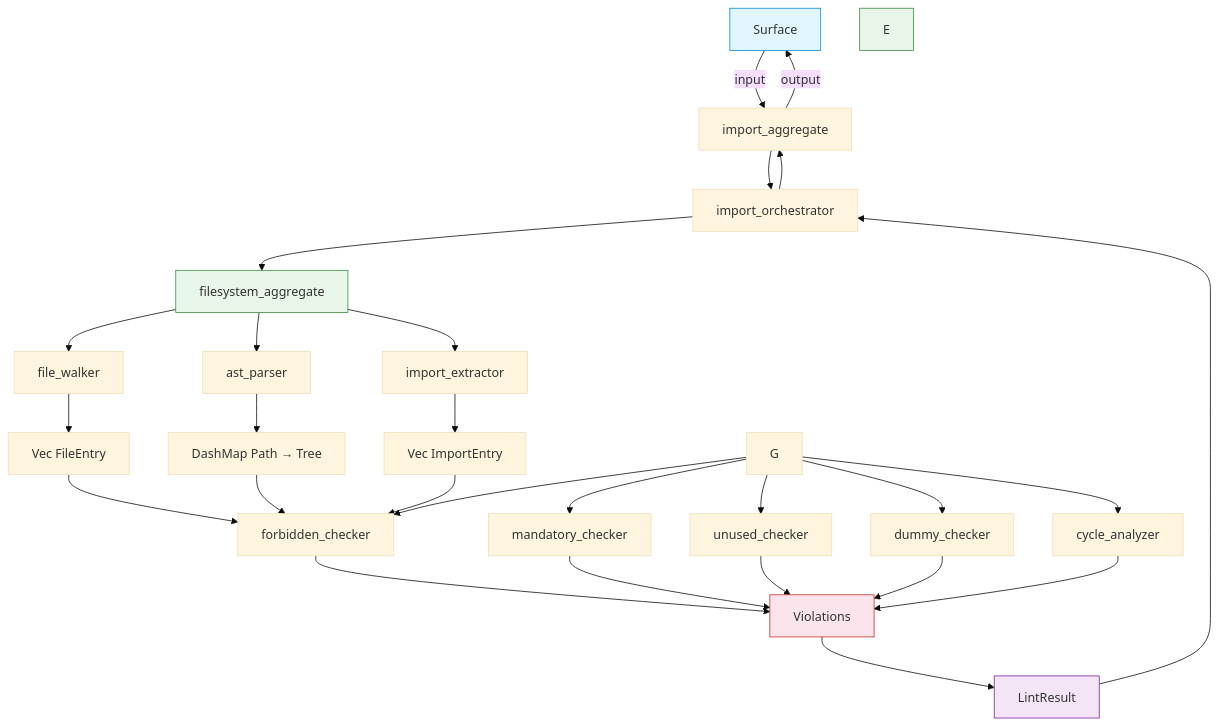
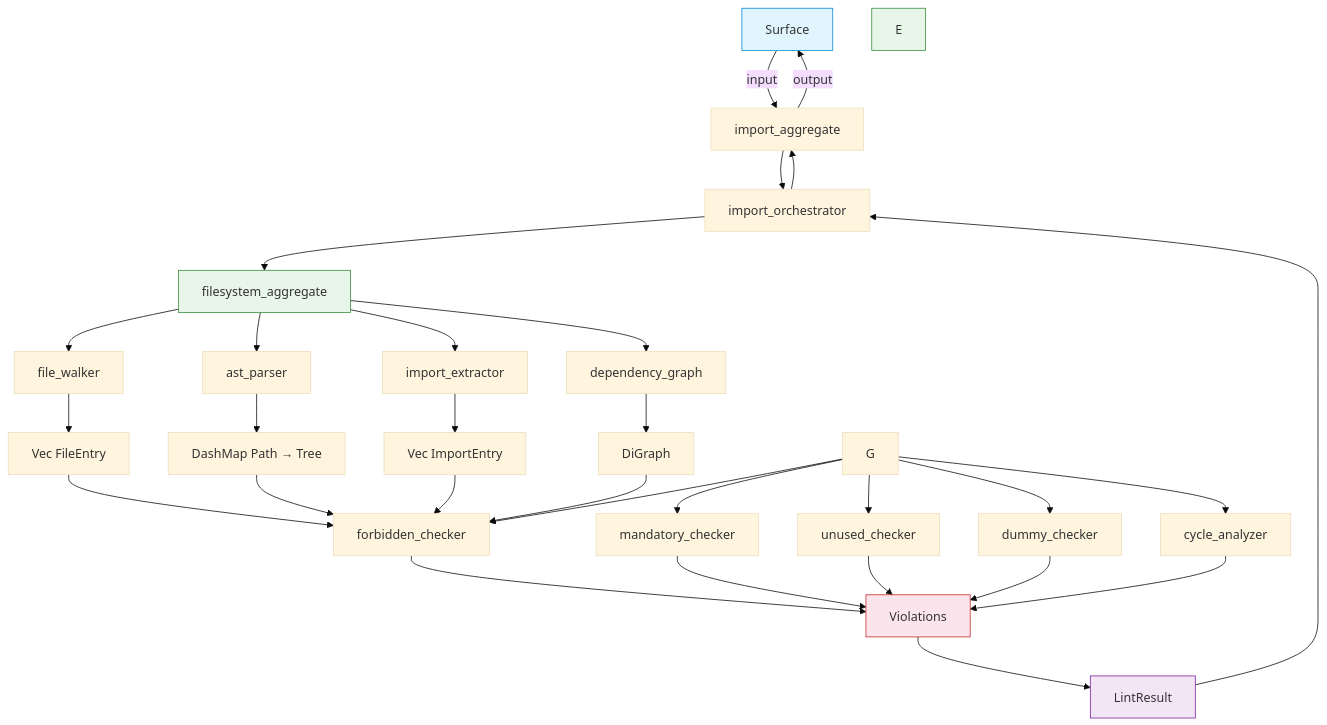
Before and after one commit to rakaarwaky/lint-arwaky: the diagram in crates/import-rules/FRD.md, drawn with Mermaid (base theme).

Commit message:
fix: import-rules FRD — add dependency_graph for AES205 cycle detection

````diff
--- a/crates/import-rules/FRD.md
+++ b/crates/import-rules/FRD.md
@@ -9,35 +9,38 @@
 ```mermaid
 flowchart TD
     A["Surface"] -->|input| B["import_aggregate"]
     B --> C["import_orchestrator"]
     C --> D["filesystem_aggregate"]
     D --> E1["file_walker"]
     D --> F1["ast_parser"]
     D --> F2["import_extractor"]
+    D --> F3["dependency_graph"]
     E1 --> G1["Vec FileEntry"]
     F1 --> G2["DashMap Path → Tree"]
     F2 --> G3["Vec ImportEntry"]
+    F3 --> G4["DiGraph"]
     G1 --> H1["forbidden_checker"]
     G2 --> H1
     G3 --> H1
+    G4 --> H1
     G --> H1["forbidden_checker"]
     G --> H2["mandatory_checker"]
     G --> H3["unused_checker"]
     G --> H4["dummy_checker"]
     G --> H5["cycle_analyzer"]
     H1 --> I["Violations"]
     H2 --> I
     H3 --> I
     H4 --> I
     H5 --> I
     I --> J["LintResult"]
     J --> C
     C --> B
     B -->|output| A
 
     style A fill:#e1f5fe,stroke:#0288d1
     style D fill:#e8f5e9,stroke:#388e3c
     style E fill:#e8f5e9,stroke:#388e3c
     style I fill:#fce4ec,stroke:#c62828
     style J fill:#f3e5f5,stroke:#7b1fa2
 ```
````
